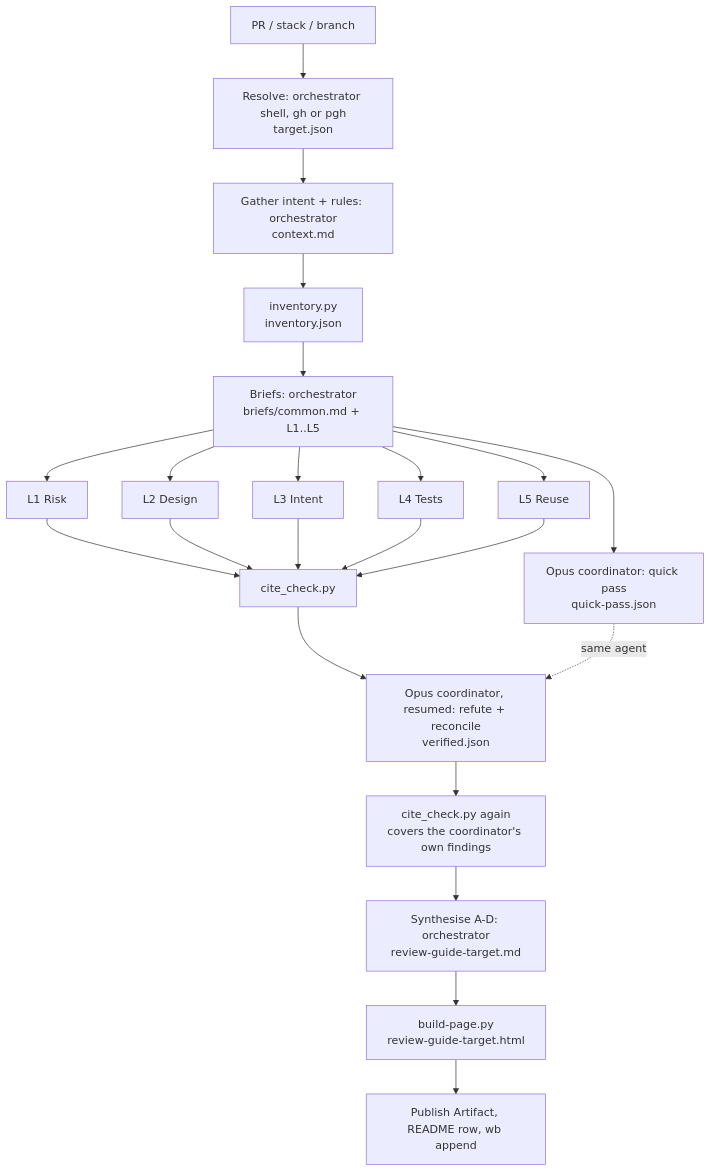
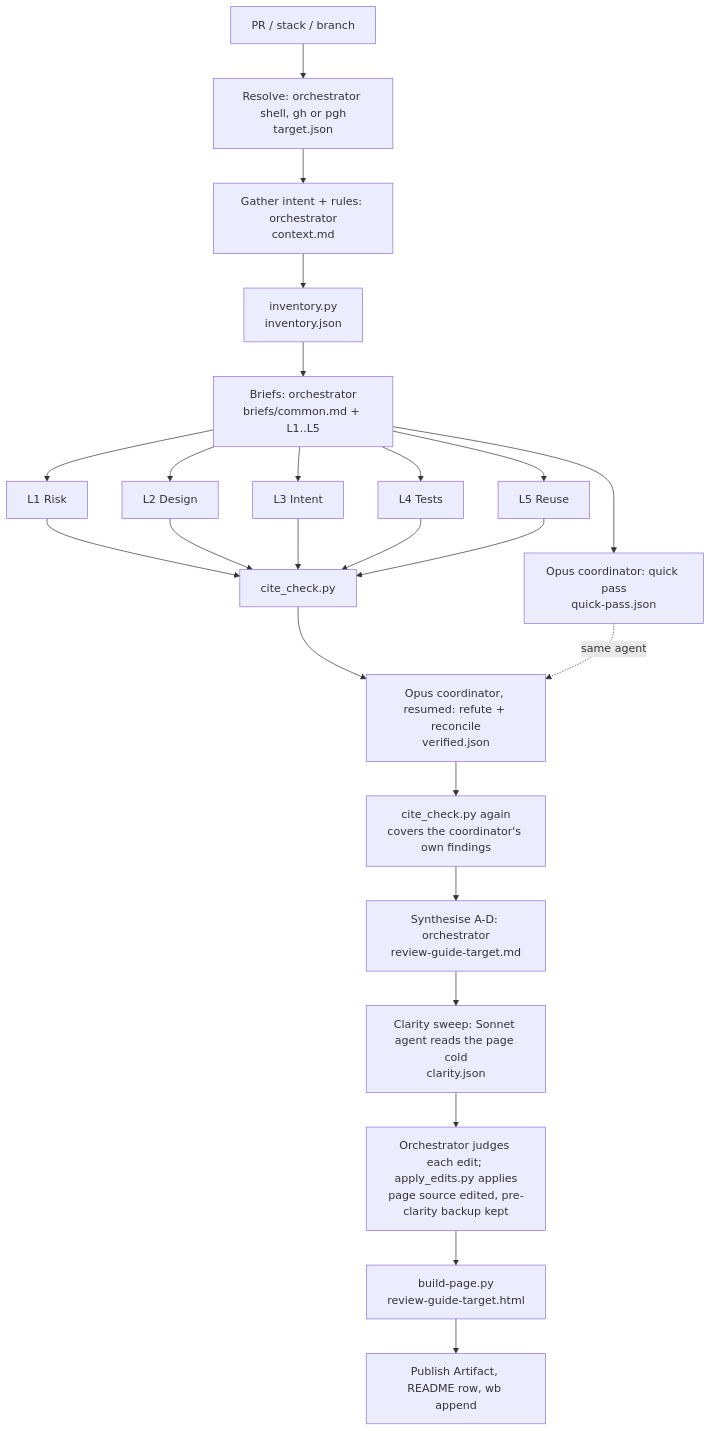
The first of 2 diagrams in docs/plans/2026-10-21-2352-feat-review-guide-skill-plan.md (jetnoli-sportable/dotfiles), drawn with Mermaid before and after one commit. The commit also changed other lines of this file and 1 other file, not shown here.

First line of the commit message:
docs(review-guide): plan records the clarity sweep; stage 9 reports the exclude-file line

````diff
--- a/docs/plans/2026-10-21-2352-feat-review-guide-skill-plan.md
+++ b/docs/plans/2026-10-21-2352-feat-review-guide-skill-plan.md
@@ -117,16 +119,18 @@
 ```mermaid
 flowchart TB
   IN[PR / stack / branch] --> RES[Resolve: orchestrator shell, gh or pgh<br/>target.json]
   RES --> GAT[Gather intent + rules: orchestrator<br/>context.md]
   GAT --> INV[inventory.py<br/>inventory.json]
   INV --> BRF[Briefs: orchestrator<br/>briefs/common.md + L1..L5]
   BRF --> L1[L1 Risk] & L2[L2 Design] & L3[L3 Intent] & L4[L4 Tests] & L5[L5 Reuse]
   BRF --> QP[Opus coordinator: quick pass<br/>quick-pass.json]
   L1 & L2 & L3 & L4 & L5 --> CC[cite_check.py]
   CC --> VER[Opus coordinator, resumed: refute + reconcile<br/>verified.json]
   QP -.same agent.-> VER
   VER --> CC2[cite_check.py again<br/>covers the coordinator's own findings]
   CC2 --> SYN[Synthesise A-D: orchestrator<br/>review-guide-target.md]
-  SYN --> REN[build-page.py<br/>review-guide-target.html]
+  SYN --> CLR[Clarity sweep: Sonnet agent reads the page cold<br/>clarity.json]
+  CLR --> APL[Orchestrator judges each edit; apply_edits.py applies<br/>page source edited, pre-clarity backup kept]
+  APL --> REN[build-page.py<br/>review-guide-target.html]
   REN --> DEL[Publish Artifact, README row, wb append]
 ```
````
